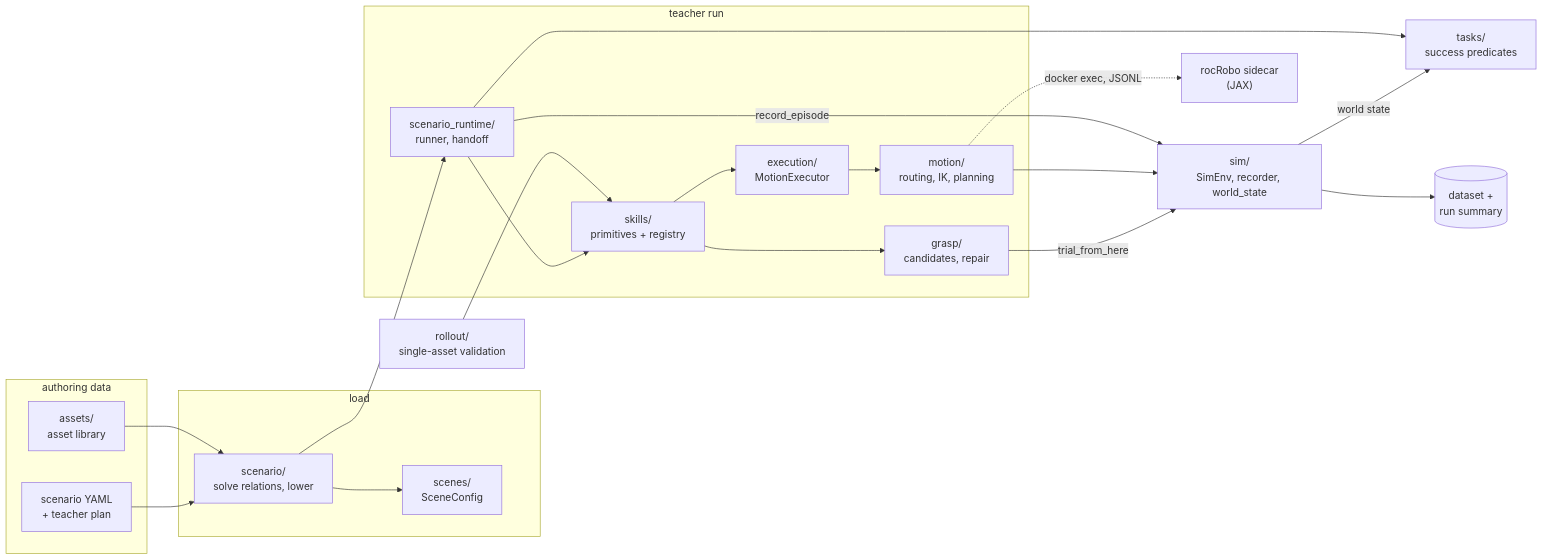
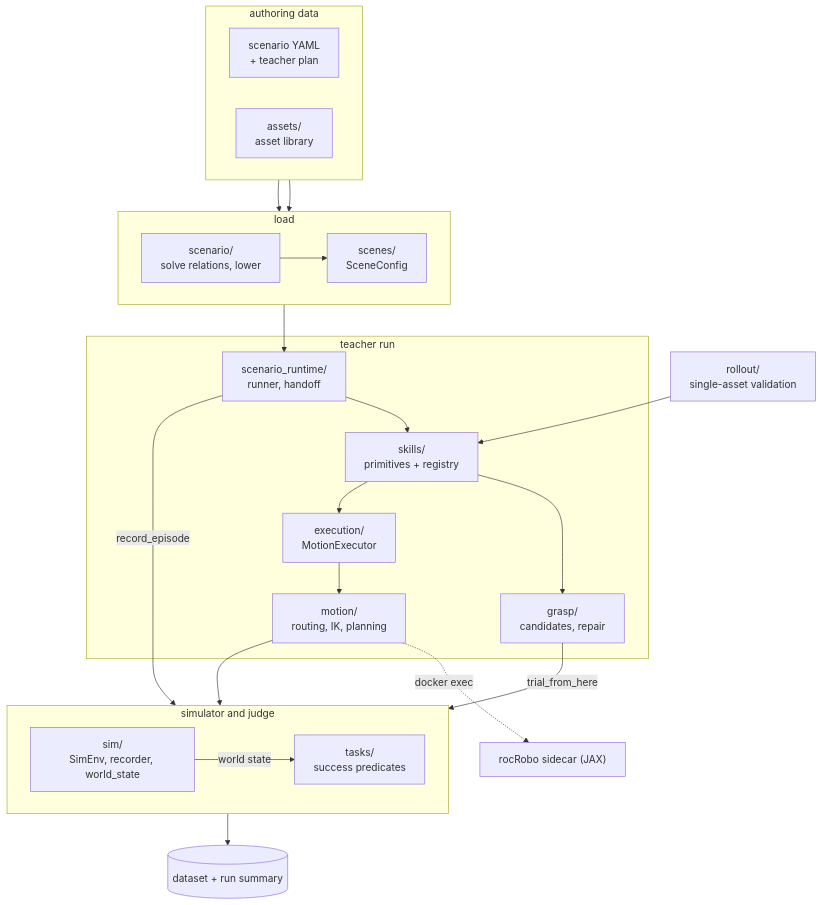
Before and after one commit to ZJLi2013/RoboSmith: the second of 4 diagrams in docs/design.md, drawn with Mermaid. The commit also changed other lines of this file and 1 other file, not shown here.

Commit message:
docs(design): component view top-down and a six-lane episode sequence so both stay readable at page width

````diff
--- a/docs/design.md
+++ b/docs/design.md
@@ -63,40 +63,44 @@
 ```mermaid
-flowchart LR
+flowchart TD
     subgraph Data["authoring data"]
+        direction LR
         YAML["scenario YAML<br/>+ teacher plan"]
         LIB["assets/<br/>asset library"]
     end
     subgraph Load["load"]
+        direction LR
         SC["scenario/<br/>solve relations, lower"]
         SCN["scenes/<br/>SceneConfig"]
     end
     subgraph Teacher["teacher run"]
         RT["scenario_runtime/<br/>runner, handoff"]
         SK["skills/<br/>primitives + registry"]
         GR["grasp/<br/>candidates, repair"]
         EX["execution/<br/>MotionExecutor"]
         MO["motion/<br/>routing, IK, planning"]
     end
-    SIM["sim/<br/>SimEnv, recorder, world_state"]
-    TA["tasks/<br/>success predicates"]
-    RR["rocRobo sidecar<br/>(JAX)"]
+    subgraph Sim["simulator and judge"]
+        direction LR
+        SIM["sim/<br/>SimEnv, recorder, world_state"]
+        TA["tasks/<br/>success predicates"]
+    end
+    RR["rocRobo sidecar (JAX)"]
     RO["rollout/<br/>single-asset validation"]
-    OUT[("dataset +<br/>run summary")]
+    OUT[("dataset + run summary")]
 
     YAML --> SC
     LIB --> SC
     SC --> SCN
     SC --> RT
     RT --> SK
+    RO --> SK
     SK --> GR
     SK --> EX
     EX --> MO
-    MO -.->|docker exec, JSONL| RR
+    MO -.->|docker exec| RR
     GR -->|trial_from_here| SIM
     MO --> SIM
     RT -->|record_episode| SIM
     SIM -->|world state| TA
-    RT --> TA
     SIM --> OUT
-    RO --> SK
 ```
````
